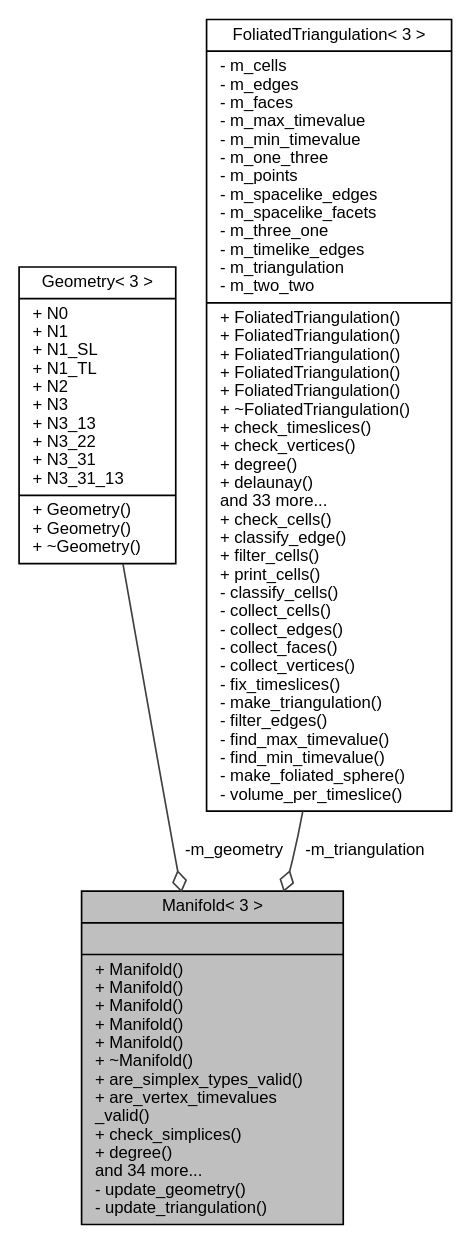
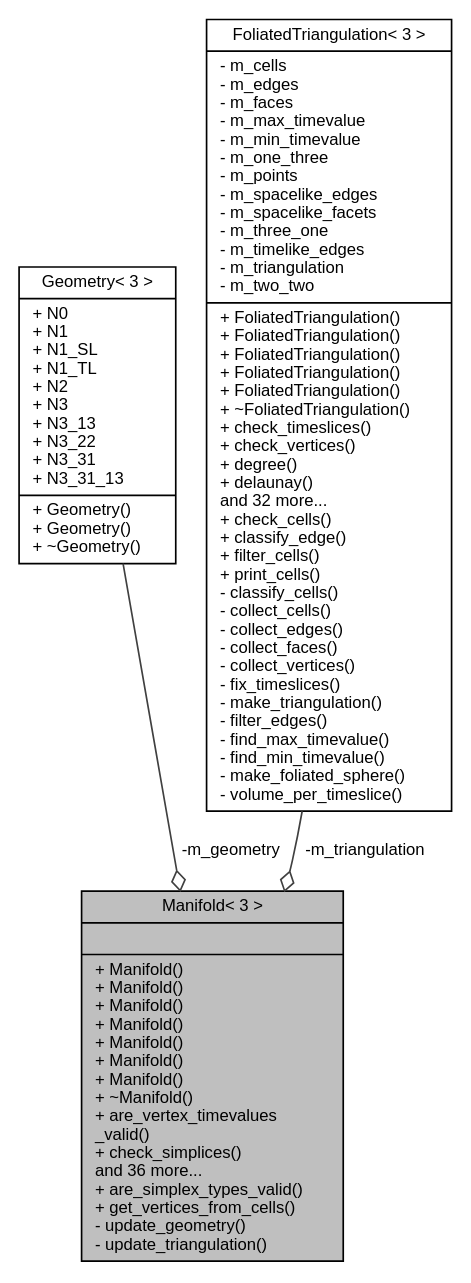
The diagram in class_manifold_3_013_01_4__coll__graph.dot (acgetchell/CDT-plusplus), drawn with Graphviz before and after one commit. The commit also changed 262 other files, not shown here.

```diff
--- a/class_manifold_3_013_01_4__coll__graph.dot
+++ b/class_manifold_3_013_01_4__coll__graph.dot
@@ -1,11 +1,11 @@
 digraph "Manifold&lt; 3 &gt;"
 {
  // LATEX_PDF_SIZE
   edge [fontname="Helvetica",fontsize="10",labelfontname="Helvetica",labelfontsize="10"];
   node [fontname="Helvetica",fontsize="10",shape=record];
-  Node1 [label="{Manifold\< 3 \>\n||+ Manifold()\l+ Manifold()\l+ Manifold()\l+ Manifold()\l+ Manifold()\l+ ~Manifold()\l+ are_simplex_types_valid()\l+ are_vertex_timevalues\l_valid()\l+ check_simplices()\l+ degree()\land 34 more...\l- update_geometry()\l- update_triangulation()\l}",height=0.2,width=0.4,color="black", fillcolor="grey75", style="filled", fontcolor="black",tooltip="3D Manifold"];
+  Node1 [label="{Manifold\< 3 \>\n||+ Manifold()\l+ Manifold()\l+ Manifold()\l+ Manifold()\l+ Manifold()\l+ Manifold()\l+ Manifold()\l+ ~Manifold()\l+ are_vertex_timevalues\l_valid()\l+ check_simplices()\land 36 more...\l+ are_simplex_types_valid()\l+ get_vertices_from_cells()\l- update_geometry()\l- update_triangulation()\l}",height=0.2,width=0.4,color="black", fillcolor="grey75", style="filled", fontcolor="black",tooltip="3D Manifold"];
   Node2 -> Node1 [color="grey25",fontsize="10",style="solid",label=" -m_geometry" ,arrowhead="odiamond",fontname="Helvetica"];
   Node2 [label="{Geometry\< 3 \>\n|+ N0\l+ N1\l+ N1_SL\l+ N1_TL\l+ N2\l+ N3\l+ N3_13\l+ N3_22\l+ N3_31\l+ N3_31_13\l|+ Geometry()\l+ Geometry()\l+ ~Geometry()\l}",height=0.2,width=0.4,color="black", fillcolor="white", style="filled",URL="$struct_geometry_3_013_01_4.html",tooltip="3D Geometry"];
   Node3 -> Node1 [color="grey25",fontsize="10",style="solid",label=" -m_triangulation" ,arrowhead="odiamond",fontname="Helvetica"];
-  Node3 [label="{FoliatedTriangulation\< 3 \>\n|- m_cells\l- m_edges\l- m_faces\l- m_max_timevalue\l- m_min_timevalue\l- m_one_three\l- m_points\l- m_spacelike_edges\l- m_spacelike_facets\l- m_three_one\l- m_timelike_edges\l- m_triangulation\l- m_two_two\l|+ FoliatedTriangulation()\l+ FoliatedTriangulation()\l+ FoliatedTriangulation()\l+ FoliatedTriangulation()\l+ FoliatedTriangulation()\l+ ~FoliatedTriangulation()\l+ check_timeslices()\l+ check_vertices()\l+ degree()\l+ delaunay()\land 33 more...\l+ check_cells()\l+ classify_edge()\l+ filter_cells()\l+ print_cells()\l- classify_cells()\l- collect_cells()\l- collect_edges()\l- collect_faces()\l- collect_vertices()\l- fix_timeslices()\l- make_triangulation()\l- filter_edges()\l- find_max_timevalue()\l- find_min_timevalue()\l- make_foliated_sphere()\l- volume_per_timeslice()\l}",height=0.2,width=0.4,color="black", fillcolor="white", style="filled",URL="$class_foliated_triangulation_3_013_01_4.html",tooltip="3D Triangulation"];
+  Node3 [label="{FoliatedTriangulation\< 3 \>\n|- m_cells\l- m_edges\l- m_faces\l- m_max_timevalue\l- m_min_timevalue\l- m_one_three\l- m_points\l- m_spacelike_edges\l- m_spacelike_facets\l- m_three_one\l- m_timelike_edges\l- m_triangulation\l- m_two_two\l|+ FoliatedTriangulation()\l+ FoliatedTriangulation()\l+ FoliatedTriangulation()\l+ FoliatedTriangulation()\l+ FoliatedTriangulation()\l+ ~FoliatedTriangulation()\l+ check_timeslices()\l+ check_vertices()\l+ degree()\l+ delaunay()\land 32 more...\l+ check_cells()\l+ classify_edge()\l+ filter_cells()\l+ print_cells()\l- classify_cells()\l- collect_cells()\l- collect_edges()\l- collect_faces()\l- collect_vertices()\l- fix_timeslices()\l- make_triangulation()\l- filter_edges()\l- find_max_timevalue()\l- find_min_timevalue()\l- make_foliated_sphere()\l- volume_per_timeslice()\l}",height=0.2,width=0.4,color="black", fillcolor="white", style="filled",URL="$class_foliated_triangulation_3_013_01_4.html",tooltip="3D Triangulation"];
 }
```
